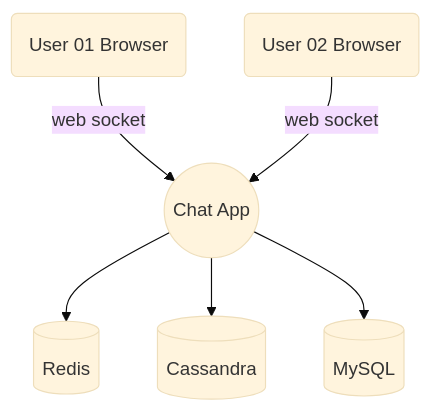
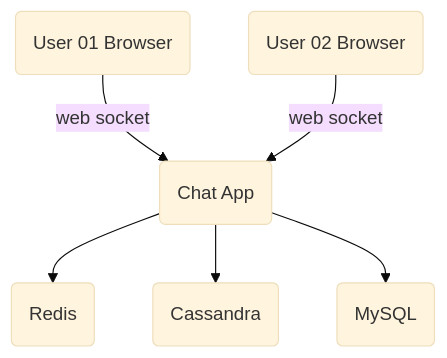
One commit to tungtv202/MyNote changed the first of 3 diagrams in ReviewBooks/ProJavaClusteringAndScalability.md. Above: the diagram before and after it, drawn with Mermaid (base theme). The commit also changed other lines of this file, not shown here.

Commit message:
fixup! [NEW] Summary book - Chat app

````diff
--- a/ReviewBooks/ProJavaClusteringAndScalability.md
+++ b/ReviewBooks/ProJavaClusteringAndScalability.md
@@ -21,9 +26,10 @@
 ```mermaid
 graph TD
 U1(User 01 Browser) -- web socket --> C
 U2(User 02 Browser) -- web socket --> C 
-C((Chat App))
-C --> R[(Redis)]
-C --> Ca[(Cassandra)]
-C --> M[(MySQL)]
+C(Chat App)
+C --> R(Redis)
+C --> Ca(Cassandra)
+C --> M(MySQL)
+
 ```
````
